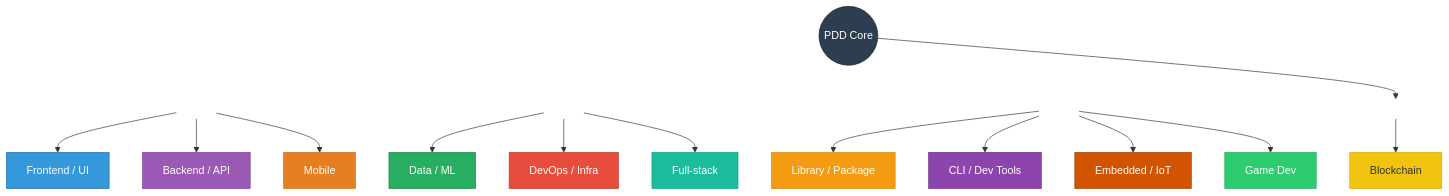
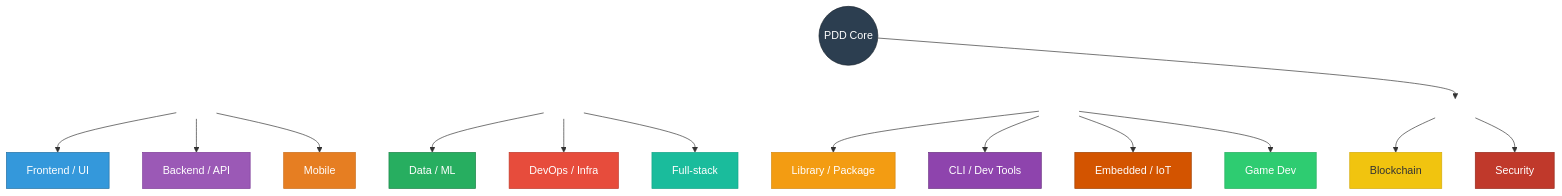
Before and after one commit to harshal2802/pdd-skill: the third of 5 diagrams in docs/philosophy.md, drawn with Mermaid. The commit also changed other lines of this file and 5 other files, not shown here.

````diff
--- a/docs/philosophy.md
+++ b/docs/philosophy.md
@@ -113,42 +113,44 @@
 ```mermaid
 graph TD
     PDD((PDD Core))
 
     PDD --> row1[ ] & row2[ ] & row3[ ] & row4[ ]
 
     row1 --> FE["Frontend / UI"]
     row1 --> BE["Backend / API"]
     row1 --> MO["Mobile"]
 
     row2 --> DA["Data / ML"]
     row2 --> DO["DevOps / Infra"]
     row2 --> FS["Full-stack"]
 
     row3 --> LB["Library / Package"]
     row3 --> CL["CLI / Dev Tools"]
     row3 --> EM["Embedded / IoT"]
     row3 --> GD["Game Dev"]
 
     row4 --> BC["Blockchain"]
+    row4 --> SC["Security"]
 
     style row1 fill:none,stroke:none
     style row2 fill:none,stroke:none
     style row3 fill:none,stroke:none
     style row4 fill:none,stroke:none
     style PDD fill:#2c3e50,stroke:#1a252f,color:#fff
     style FE fill:#3498db,stroke:#2471a3,color:#fff
     style BE fill:#9b59b6,stroke:#7d3c98,color:#fff
     style MO fill:#e67e22,stroke:#ca6f1e,color:#fff
     style DA fill:#27ae60,stroke:#1e8449,color:#fff
     style DO fill:#e74c3c,stroke:#c0392b,color:#fff
     style FS fill:#1abc9c,stroke:#17a589,color:#fff
     style LB fill:#f39c12,stroke:#d68910,color:#fff
     style CL fill:#8e44ad,stroke:#6c3483,color:#fff
     style EM fill:#d35400,stroke:#a04000,color:#fff
     style GD fill:#2ecc71,stroke:#27ae60,color:#fff
     style BC fill:#f1c40f,stroke:#d4ac0d,color:#333
+    style SC fill:#c0392b,stroke:#96281b,color:#fff
 
     linkStyle 0 stroke:none
     linkStyle 1 stroke:none
     linkStyle 2 stroke:none
 ```
````
